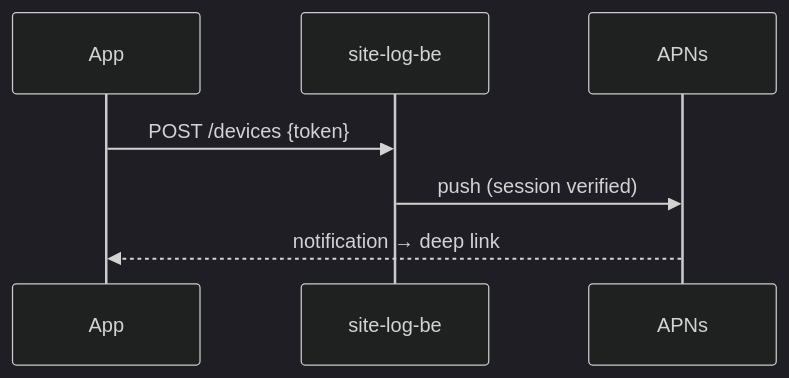
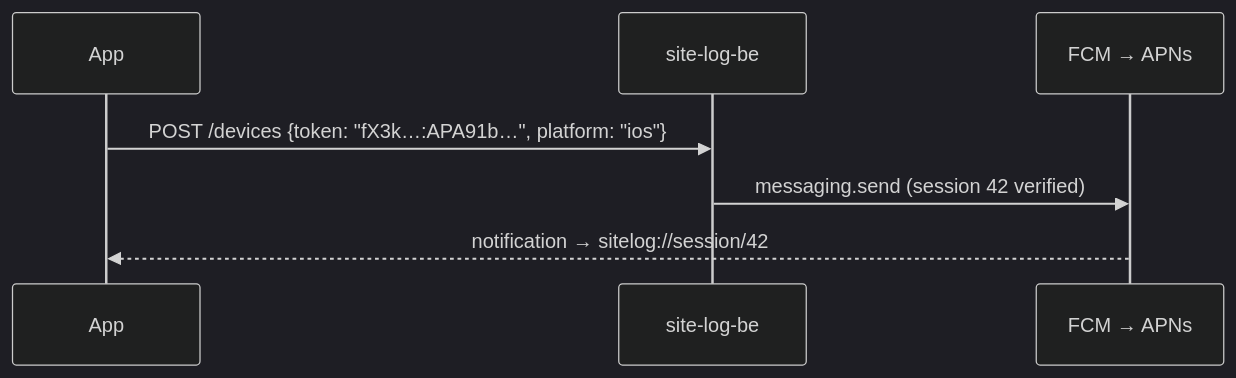
One commit to DAMHONGDUC/site-log-ios changed the seventh of 8 diagrams in docs/feature-guide/S8-realtime-push-quality/F16-push-deeplinks.md. Above: the diagram before and after it, drawn with Mermaid (dark theme). The commit also changed other lines of this file and 1 other file, not shown here.

First line of the commit message:
docs: push - Firebase Cloud Messaging for iOS and Android · docs/feature-guide/S8-realtime-push-quality (3/5)

````diff
--- a/docs/feature-guide/S8-realtime-push-quality/F16-push-deeplinks.md
+++ b/docs/feature-guide/S8-realtime-push-quality/F16-push-deeplinks.md
@@ -240,9 +242,9 @@
 ```mermaid
 sequenceDiagram
     participant App
     participant API as site-log-be
-    participant APNs
-    App->>API: POST /devices {token}
-    API->>APNs: push (session verified)
-    APNs-->>App: notification → deep link
+    participant FCM as FCM → APNs
+    App->>API: POST /devices {token: "fX3k…:APA91b…", platform: "ios"}
+    API->>FCM: messaging.send (session 42 verified)
+    FCM-->>App: notification → sitelog://session/42
 ```
````
